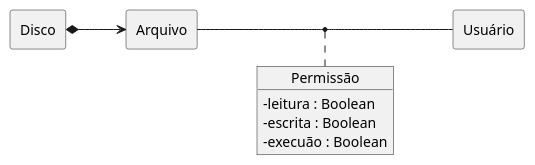
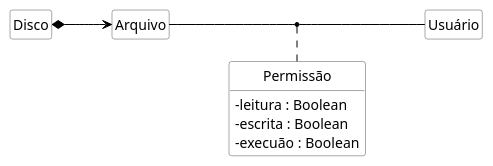
Before and after one commit to kyriosdata/oo: the diagram in imagens/modelos-07/mod07ima24/mod07ima24.plantuml, drawn with PlantUML. The commit also changed 10 other files, not shown here.

```diff
--- a/imagens/modelos-07/mod07ima24/mod07ima24.plantuml
+++ b/imagens/modelos-07/mod07ima24/mod07ima24.plantuml
@@ -1,15 +1,25 @@
 @startuml
+hide circle
+hide methods
+hide empty members
+
+skinparam class {
+    BackgroundColor White
+    ArrowColor Black
+    BorderColor #505050
+}
+
 allow_mixing
 skinparam ClassAttributeIconSize 0
-rectangle "Disco" as di
-rectangle "Arquivo" as ar
-rectangle "Usuário" as us
-object "Permissão" as pe
+class "Disco" as di
+class "Arquivo" as ar
+class "Usuário" as us
+class "Permissão" as pe
 pe : - leitura : Boolean
 pe : - escrita : Boolean
 pe : - execuão : Boolean
 left to right direction
 di *--> ar
 ar -- us
 (ar,us) .. pe
 @enduml
```
